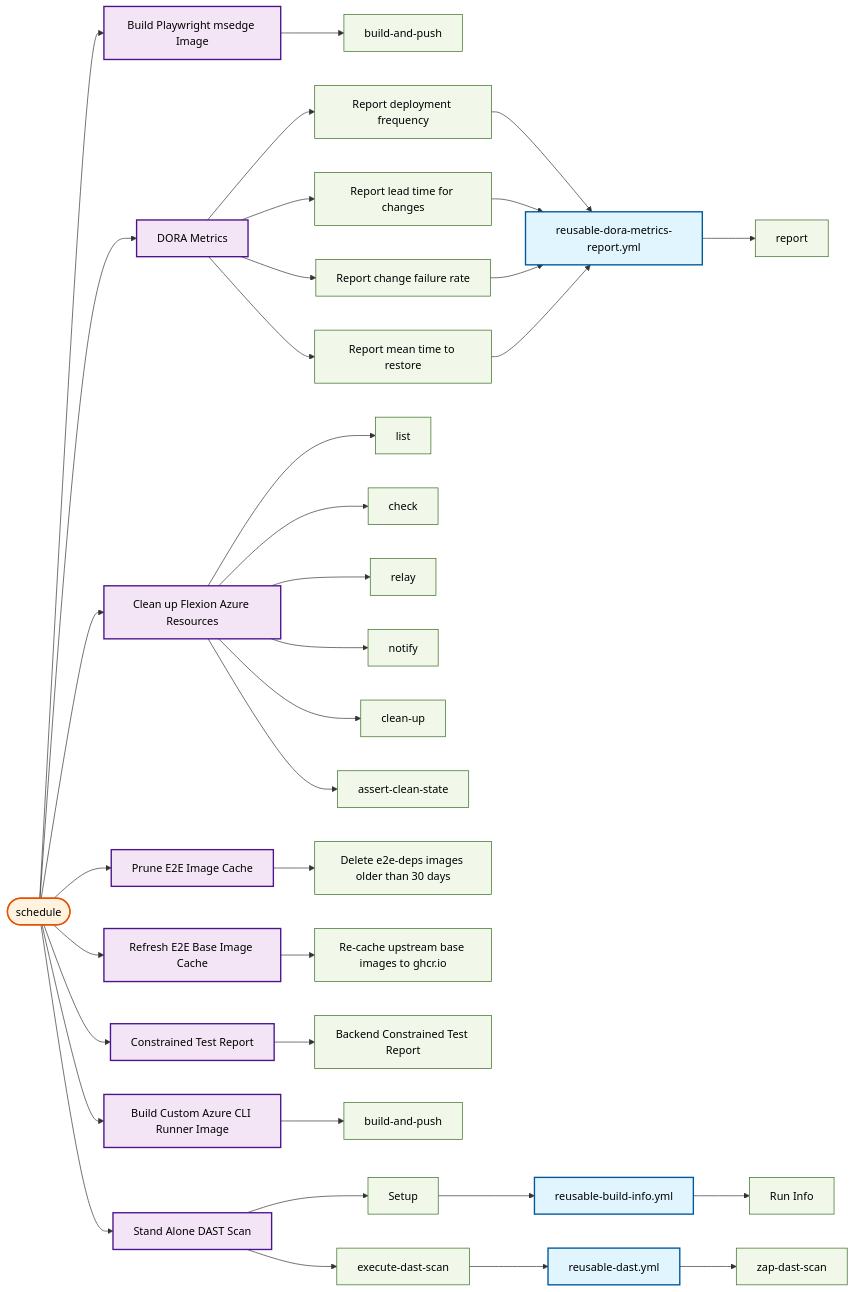
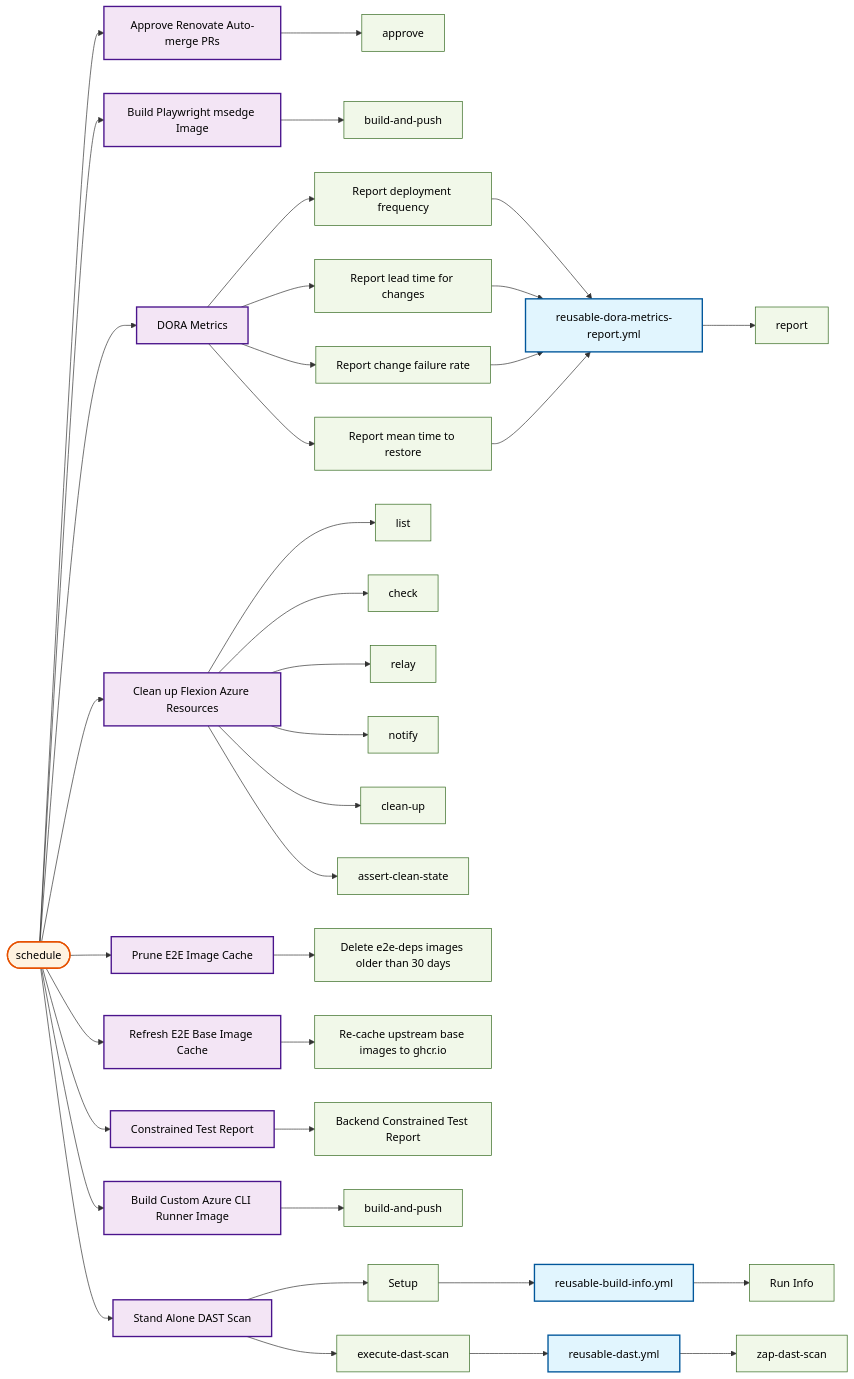
The ninth of 28 diagrams in docs/operations/workflow-diagram.md (US-Trustee-Program/Bankruptcy-Oversight-Support-Systems), drawn with Mermaid before and after one commit. The commit also changed other lines of this file and 1 other file, not shown here.

First line of the commit message:
Add workflow to auto-approve Renovate automerge PRs

````diff
--- a/docs/operations/workflow-diagram.md
+++ b/docs/operations/workflow-diagram.md
@@ -494,6 +502,8 @@
 ```mermaid
 flowchart LR
     trigger_schedule(["schedule"])
+    renovate_auto_approve_yml["Approve Renovate Auto-merge PRs"]
+    renovate_auto_approve_yml_approve["approve"]
     build_playwright_msedge_image_yml["Build Playwright msedge Image"]
     build_playwright_msedge_image_yml_build_and_push["build-and-push"]
     dora_metrics_yml["DORA Metrics"]
@@ -526,6 +536,8 @@
     reusable_dast_yml["reusable-dast.yml"]
     reusable_dast_yml_zap_dast_scan["zap-dast-scan"]
 
+    trigger_schedule --> renovate_auto_approve_yml
+    renovate_auto_approve_yml --> renovate_auto_approve_yml_approve
     trigger_schedule --> build_playwright_msedge_image_yml
     build_playwright_msedge_image_yml --> build_playwright_msedge_image_yml_build_and_push
     trigger_schedule --> dora_metrics_yml
@@ -567,6 +579,8 @@
     classDef job fill:#f1f8e9,stroke:#33691e,stroke-width:1px,color:#000000
 
     class trigger_schedule trigger
+    class renovate_auto_approve_yml mainWorkflow
+    class renovate_auto_approve_yml_approve job
     class build_playwright_msedge_image_yml mainWorkflow
     class build_playwright_msedge_image_yml_build_and_push job
     class dora_metrics_yml mainWorkflow
````
